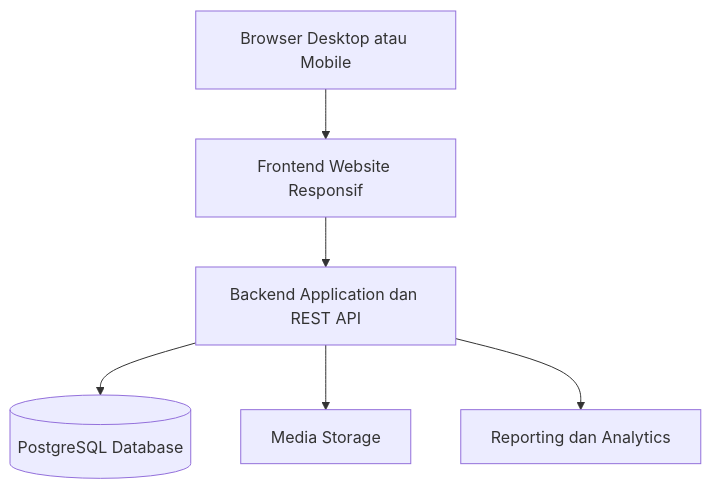
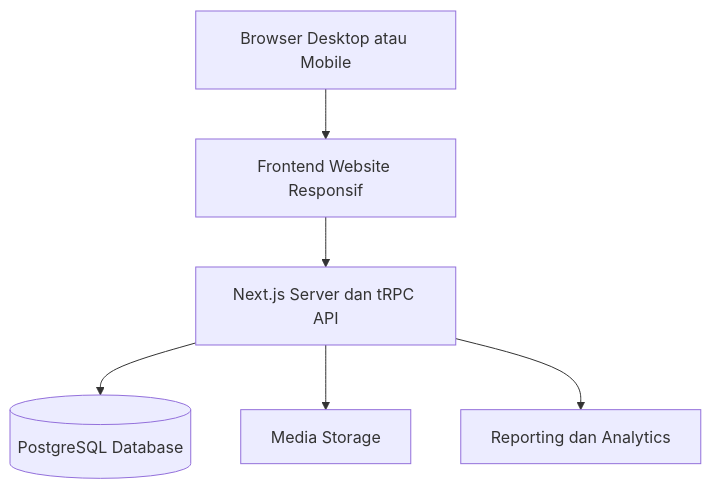
One commit to bintangawan/botani-apps-vercel changed the fifth of 6 diagrams in README_Botani_Phanerogamae.md. Above: the diagram before and after it, drawn with Mermaid. The commit also changed other lines of this file and 258 other files, not shown here.

````diff
--- a/README_Botani_Phanerogamae.md
+++ b/README_Botani_Phanerogamae.md
@@ -328,8 +328,8 @@
 ```mermaid
 flowchart TD
     A[Browser Desktop atau Mobile] --> B[Frontend Website Responsif]
-    B --> C[Backend Application dan REST API]
+    B --> C[Next.js Server dan tRPC API]
     C --> D[(PostgreSQL Database)]
     C --> E[Media Storage]
     C --> G[Reporting dan Analytics]
 ```
````
